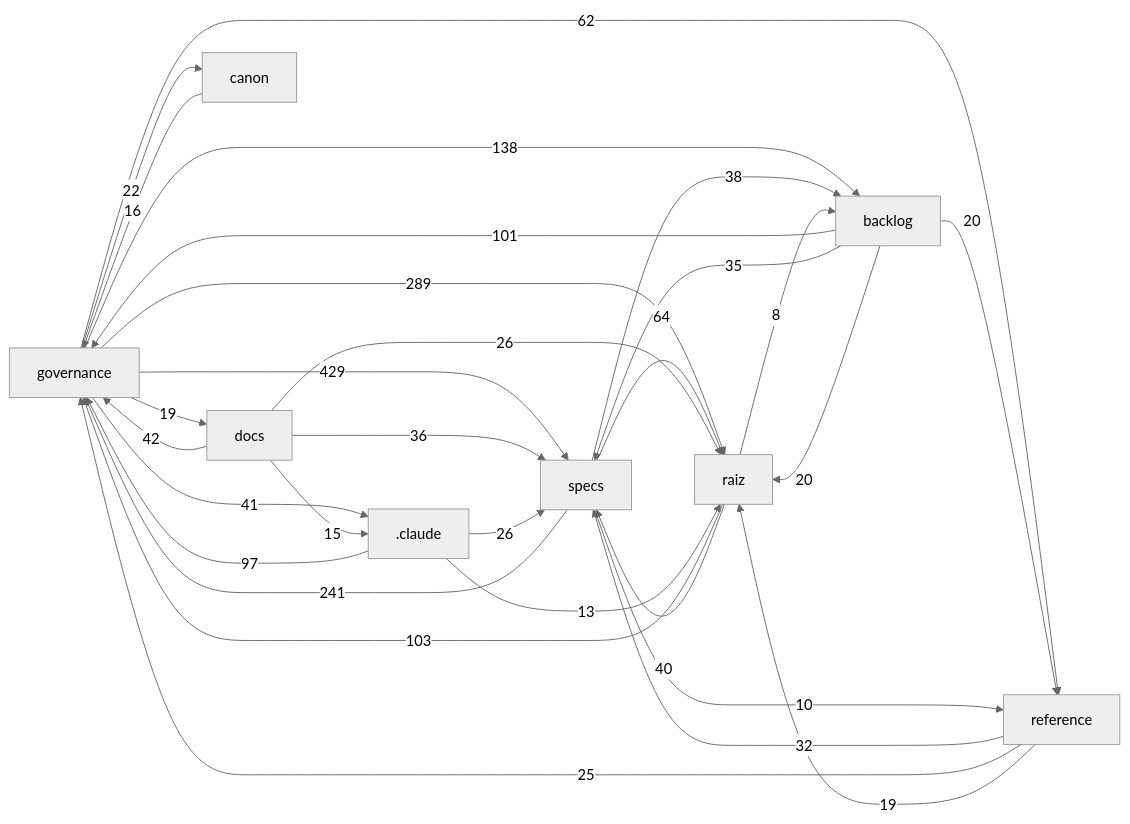
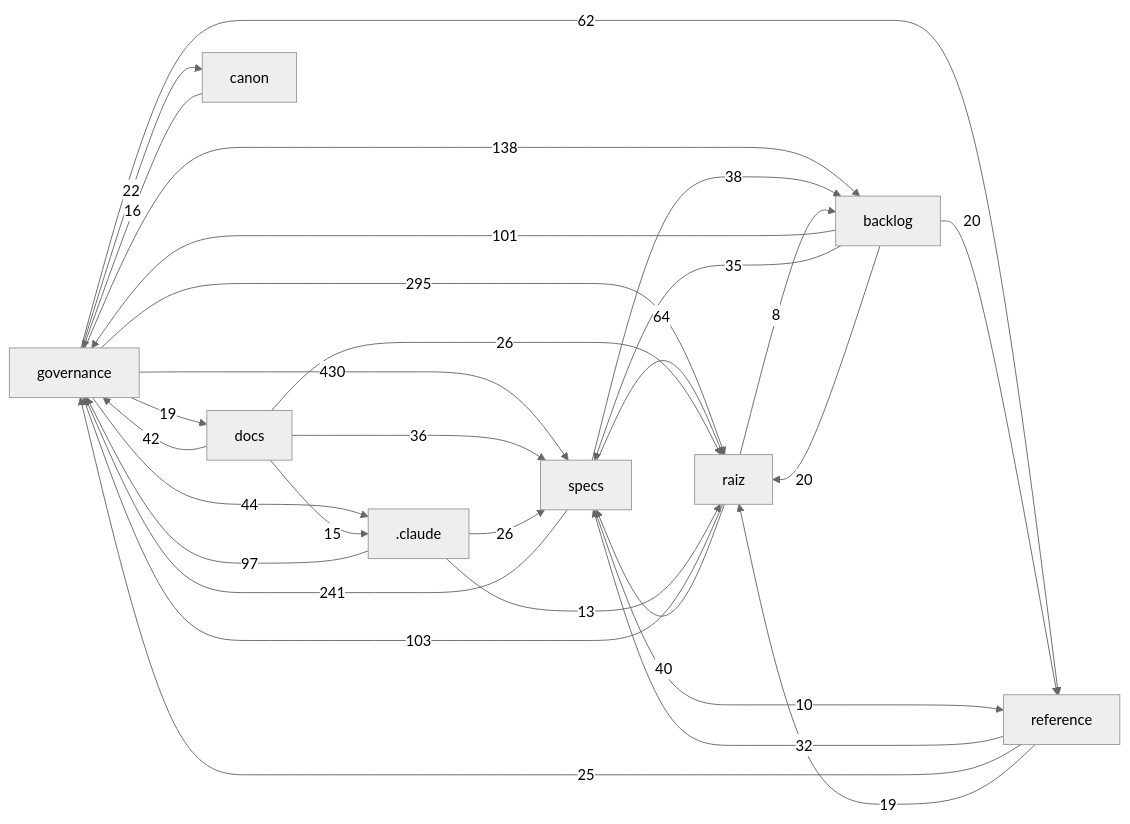
Before and after one commit to Andraus35/Sistema-Operacional-de-Trading--SOT: the diagram in docs/mapa/MAPA-PROJETO.md, drawn with Mermaid (neutral theme). The commit also changed other lines of this file and 9 other files, not shown here.

````diff
--- a/docs/mapa/MAPA-PROJETO.md
+++ b/docs/mapa/MAPA-PROJETO.md
@@ -30,32 +30,32 @@
 ```mermaid
 flowchart LR
-  governance["governance"] -->|429| specs["specs"]
-  governance["governance"] -->|289| raiz["raiz"]
+  governance["governance"] -->|430| specs["specs"]
+  governance["governance"] -->|295| raiz["raiz"]
   specs["specs"] -->|241| governance["governance"]
   governance["governance"] -->|138| backlog["backlog"]
   raiz["raiz"] -->|103| governance["governance"]
   backlog["backlog"] -->|101| governance["governance"]
   _claude[".claude"] -->|97| governance["governance"]
   specs["specs"] -->|64| raiz["raiz"]
   governance["governance"] -->|62| reference["reference"]
+  governance["governance"] -->|44| _claude[".claude"]
   docs["docs"] -->|42| governance["governance"]
-  governance["governance"] -->|41| _claude[".claude"]
   raiz["raiz"] -->|40| specs["specs"]
   specs["specs"] -->|38| backlog["backlog"]
   docs["docs"] -->|36| specs["specs"]
   backlog["backlog"] -->|35| specs["specs"]
   reference["reference"] -->|32| specs["specs"]
   _claude[".claude"] -->|26| specs["specs"]
   docs["docs"] -->|26| raiz["raiz"]
   reference["reference"] -->|25| governance["governance"]
   governance["governance"] -->|22| canon["canon"]
   backlog["backlog"] -->|20| raiz["raiz"]
   backlog["backlog"] -->|20| reference["reference"]
   governance["governance"] -->|19| docs["docs"]
   reference["reference"] -->|19| raiz["raiz"]
   canon["canon"] -->|16| governance["governance"]
   docs["docs"] -->|15| _claude[".claude"]
   _claude[".claude"] -->|13| raiz["raiz"]
   specs["specs"] -->|10| reference["reference"]
   raiz["raiz"] -->|8| backlog["backlog"]
 ```
````
